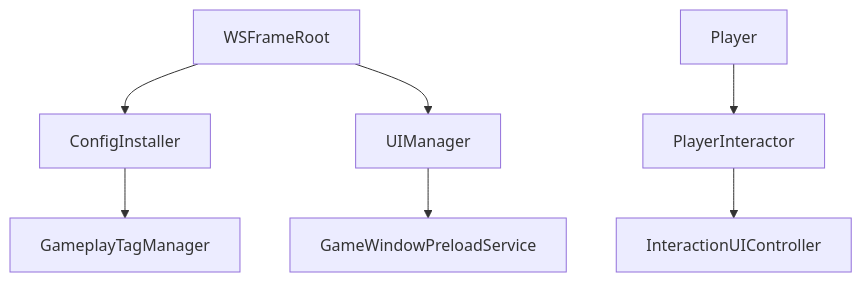
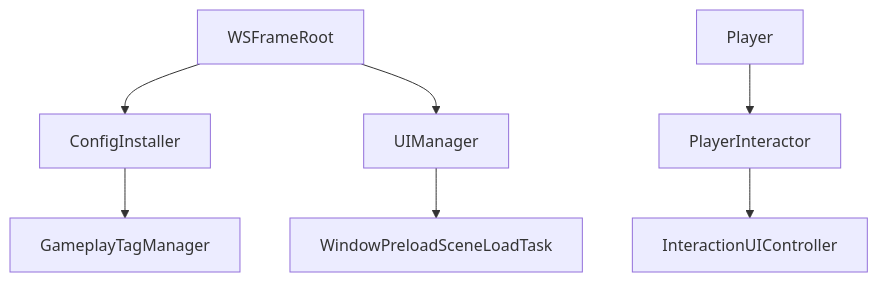
The fifth of 5 diagrams in Assets/Scripts/InteractionSystem/Documentation/InteractionSystem_Technical.md (Whitesheeeep/3DRPG), drawn with Mermaid before and after one commit. The commit also changed other lines of this file and 70 other files, not shown here.

````diff
--- a/Assets/Scripts/InteractionSystem/Documentation/InteractionSystem_Technical.md
+++ b/Assets/Scripts/InteractionSystem/Documentation/InteractionSystem_Technical.md
@@ -203,9 +203,9 @@
 ```mermaid
 flowchart TD
     Root[WSFrameRoot] --> Config[ConfigInstaller]
     Config --> Tags[GameplayTagManager]
     Root --> UI[UIManager]
-    UI --> Preload[GameWindowPreloadService]
+    UI --> Preload[WindowPreloadSceneLoadTask]
     Player --> Interactor[PlayerInteractor]
     Interactor --> Controller[InteractionUIController]
 ```
````
